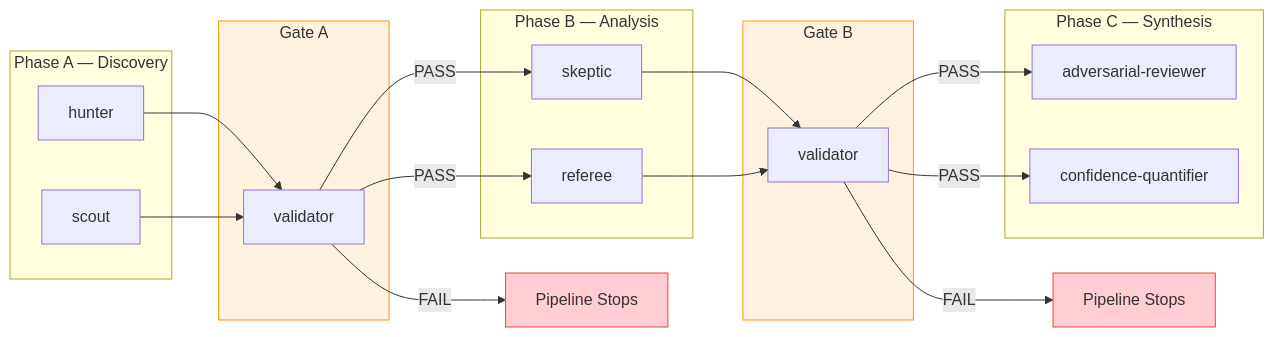
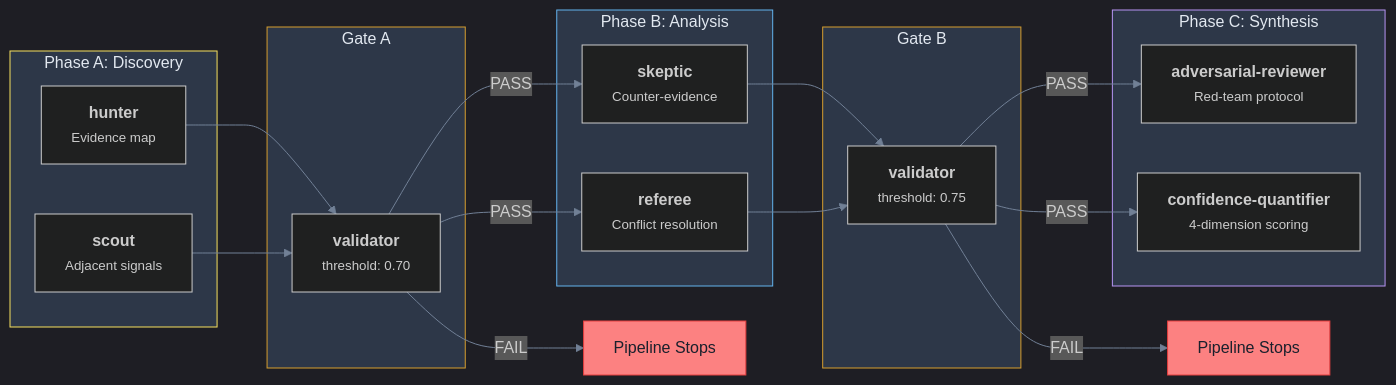
One commit to adambkovacs/seine-agentic-search-orchestrator-plugin changed the fourth of 5 diagrams in docs/ARCHITECTURE.md. Above: the diagram before and after it, drawn with Mermaid. The commit also changed other lines of this file and 1 other file, not shown here.

First line of the commit message:
fix: replace buggy block-beta Mermaid with graph LR, overhaul ARCHITECTURE.md

````diff
--- a/docs/ARCHITECTURE.md
+++ b/docs/ARCHITECTURE.md
@@ -152,34 +119,41 @@
 ```mermaid
-flowchart LR
-    subgraph "Phase A — Discovery"
-        H["hunter"] & SC["scout"]
-    end
+%%{init: {'theme': 'dark', 'themeVariables': {'primaryColor': '#2D3748', 'primaryTextColor': '#E2E8F0', 'lineColor': '#718096'}}}%%
+graph LR
+  subgraph A["Phase A: Discovery"]
+    H["<b>hunter</b><br/><small>Evidence map</small>"]
+    SC["<b>scout</b><br/><small>Adjacent signals</small>"]
+  end
 
-    subgraph GA["Gate A"]
-        VA["validator"]
-    end
+  subgraph GA["Gate A"]
+    VA["<b>validator</b><br/><small>threshold: 0.70</small>"]
+  end
 
-    subgraph "Phase B — Analysis"
-        SK["skeptic"] & RF["referee"]
-    end
+  subgraph B["Phase B: Analysis"]
+    SK["<b>skeptic</b><br/><small>Counter-evidence</small>"]
+    RF["<b>referee</b><br/><small>Conflict resolution</small>"]
+  end
 
-    subgraph GB["Gate B"]
-        VB["validator"]
-    end
+  subgraph GB["Gate B"]
+    VB["<b>validator</b><br/><small>threshold: 0.75</small>"]
+  end
 
-    subgraph "Phase C — Synthesis"
-        AR["adversarial-reviewer"] & CQ["confidence-quantifier"]
-    end
+  subgraph C["Phase C: Synthesis"]
+    AR["<b>adversarial-reviewer</b><br/><small>Red-team protocol</small>"]
+    CQ["<b>confidence-quantifier</b><br/><small>4-dimension scoring</small>"]
+  end
 
-    H & SC --> VA
-    VA --> |PASS| SK & RF
-    VA --> |FAIL| STOP1["Pipeline Stops"]
-    SK & RF --> VB
-    VB --> |PASS| AR & CQ
-    VB --> |FAIL| STOP2["Pipeline Stops"]
+  H & SC --> VA
+  VA -->|PASS| SK & RF
+  VA -->|FAIL| STOP1["Pipeline Stops"]
+  SK & RF --> VB
+  VB -->|PASS| AR & CQ
+  VB -->|FAIL| STOP2["Pipeline Stops"]
 
-    style GA fill:#FFF3E0,stroke:#FF9800
-    style GB fill:#FFF3E0,stroke:#FF9800
-    style STOP1 fill:#FFCDD2,stroke:#F44336
-    style STOP2 fill:#FFCDD2,stroke:#F44336
+  style A fill:#2D3748,color:#E2E8F0,stroke:#F6E05E
+  style GA fill:#2D3748,color:#E2E8F0,stroke:#D69E2E
+  style B fill:#2D3748,color:#E2E8F0,stroke:#63B3ED
+  style GB fill:#2D3748,color:#E2E8F0,stroke:#D69E2E
+  style C fill:#2D3748,color:#E2E8F0,stroke:#B794F4
+  style STOP1 fill:#FC8181,color:#1A202C,stroke:#E53E3E
+  style STOP2 fill:#FC8181,color:#1A202C,stroke:#E53E3E
 ```
````
